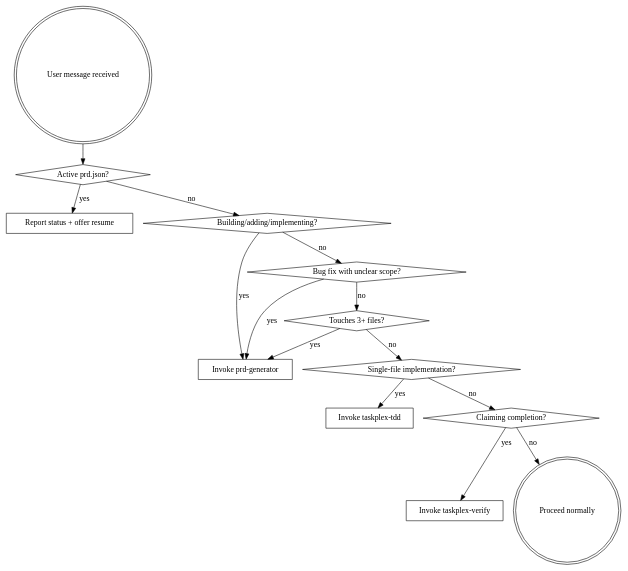
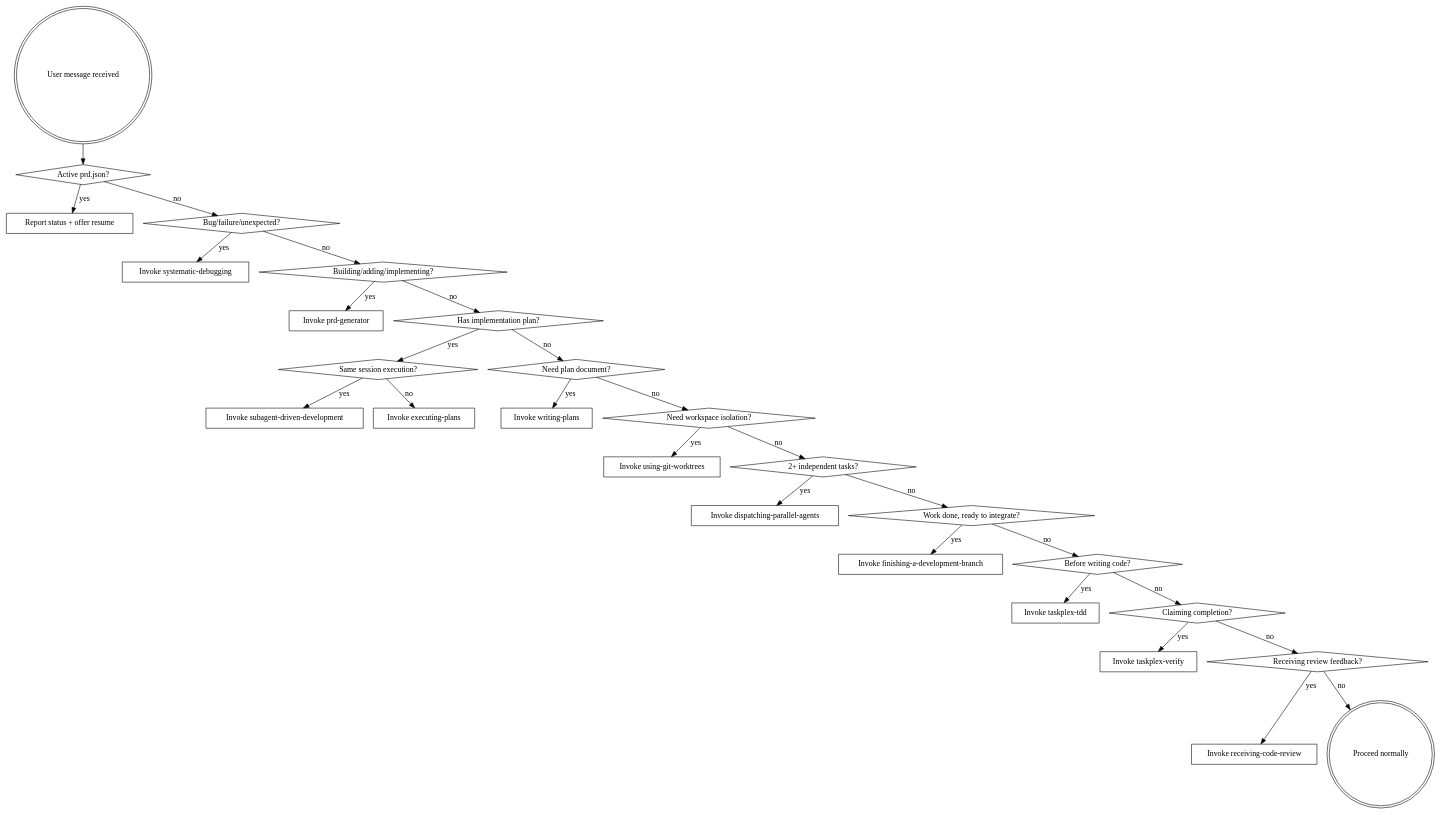
One commit to flight505/taskplex changed the diagram in skills/using-taskplex/SKILL.md. Above: the diagram before and after it, drawn with Graphviz. The commit also changed other lines of this file, not shown here.

First line of the commit message:
feat: expand using-taskplex routing from 5 to 15 skills

````diff
--- a/skills/using-taskplex/SKILL.md
+++ b/skills/using-taskplex/SKILL.md
@@ -28,30 +38,56 @@
 ```dot
 digraph taskplex_routing {
     "User message received" [shape=doublecircle];
     "Active prd.json?" [shape=diamond];
     "Report status + offer resume" [shape=box];
+    "Bug/failure/unexpected?" [shape=diamond];
+    "Invoke systematic-debugging" [shape=box];
     "Building/adding/implementing?" [shape=diamond];
     "Invoke prd-generator" [shape=box];
-    "Bug fix with unclear scope?" [shape=diamond];
-    "Touches 3+ files?" [shape=diamond];
-    "Single-file implementation?" [shape=diamond];
+    "Has implementation plan?" [shape=diamond];
+    "Same session execution?" [shape=diamond];
+    "Invoke subagent-driven-development" [shape=box];
+    "Invoke executing-plans" [shape=box];
+    "Need plan document?" [shape=diamond];
+    "Invoke writing-plans" [shape=box];
+    "Need workspace isolation?" [shape=diamond];
+    "Invoke using-git-worktrees" [shape=box];
+    "2+ independent tasks?" [shape=diamond];
+    "Invoke dispatching-parallel-agents" [shape=box];
+    "Work done, ready to integrate?" [shape=diamond];
+    "Invoke finishing-a-development-branch" [shape=box];
+    "Before writing code?" [shape=diamond];
     "Invoke taskplex-tdd" [shape=box];
     "Claiming completion?" [shape=diamond];
     "Invoke taskplex-verify" [shape=box];
+    "Receiving review feedback?" [shape=diamond];
+    "Invoke receiving-code-review" [shape=box];
     "Proceed normally" [shape=doublecircle];
 
     "User message received" -> "Active prd.json?";
     "Active prd.json?" -> "Report status + offer resume" [label="yes"];
-    "Active prd.json?" -> "Building/adding/implementing?" [label="no"];
+    "Active prd.json?" -> "Bug/failure/unexpected?" [label="no"];
+    "Bug/failure/unexpected?" -> "Invoke systematic-debugging" [label="yes"];
+    "Bug/failure/unexpected?" -> "Building/adding/implementing?" [label="no"];
     "Building/adding/implementing?" -> "Invoke prd-generator" [label="yes"];
-    "Building/adding/implementing?" -> "Bug fix with unclear scope?" [label="no"];
-    "Bug fix with unclear scope?" -> "Invoke prd-generator" [label="yes"];
-    "Bug fix with unclear scope?" -> "Touches 3+ files?" [label="no"];
-    "Touches 3+ files?" -> "Invoke prd-generator" [label="yes"];
-    "Touches 3+ files?" -> "Single-file implementation?" [label="no"];
-    "Single-file implementation?" -> "Invoke taskplex-tdd" [label="yes"];
-    "Single-file implementation?" -> "Claiming completion?" [label="no"];
+    "Building/adding/implementing?" -> "Has implementation plan?" [label="no"];
+    "Has implementation plan?" -> "Same session execution?" [label="yes"];
+    "Same session execution?" -> "Invoke subagent-driven-development" [label="yes"];
+    "Same session execution?" -> "Invoke executing-plans" [label="no"];
+    "Has implementation plan?" -> "Need plan document?" [label="no"];
+    "Need plan document?" -> "Invoke writing-plans" [label="yes"];
+    "Need plan document?" -> "Need workspace isolation?" [label="no"];
+    "Need workspace isolation?" -> "Invoke using-git-worktrees" [label="yes"];
+    "Need workspace isolation?" -> "2+ independent tasks?" [label="no"];
+    "2+ independent tasks?" -> "Invoke dispatching-parallel-agents" [label="yes"];
+    "2+ independent tasks?" -> "Work done, ready to integrate?" [label="no"];
+    "Work done, ready to integrate?" -> "Invoke finishing-a-development-branch" [label="yes"];
+    "Work done, ready to integrate?" -> "Before writing code?" [label="no"];
+    "Before writing code?" -> "Invoke taskplex-tdd" [label="yes"];
+    "Before writing code?" -> "Claiming completion?" [label="no"];
     "Claiming completion?" -> "Invoke taskplex-verify" [label="yes"];
-    "Claiming completion?" -> "Proceed normally" [label="no"];
+    "Claiming completion?" -> "Receiving review feedback?" [label="no"];
+    "Receiving review feedback?" -> "Invoke receiving-code-review" [label="yes"];
+    "Receiving review feedback?" -> "Proceed normally" [label="no"];
 }
 ```
````
